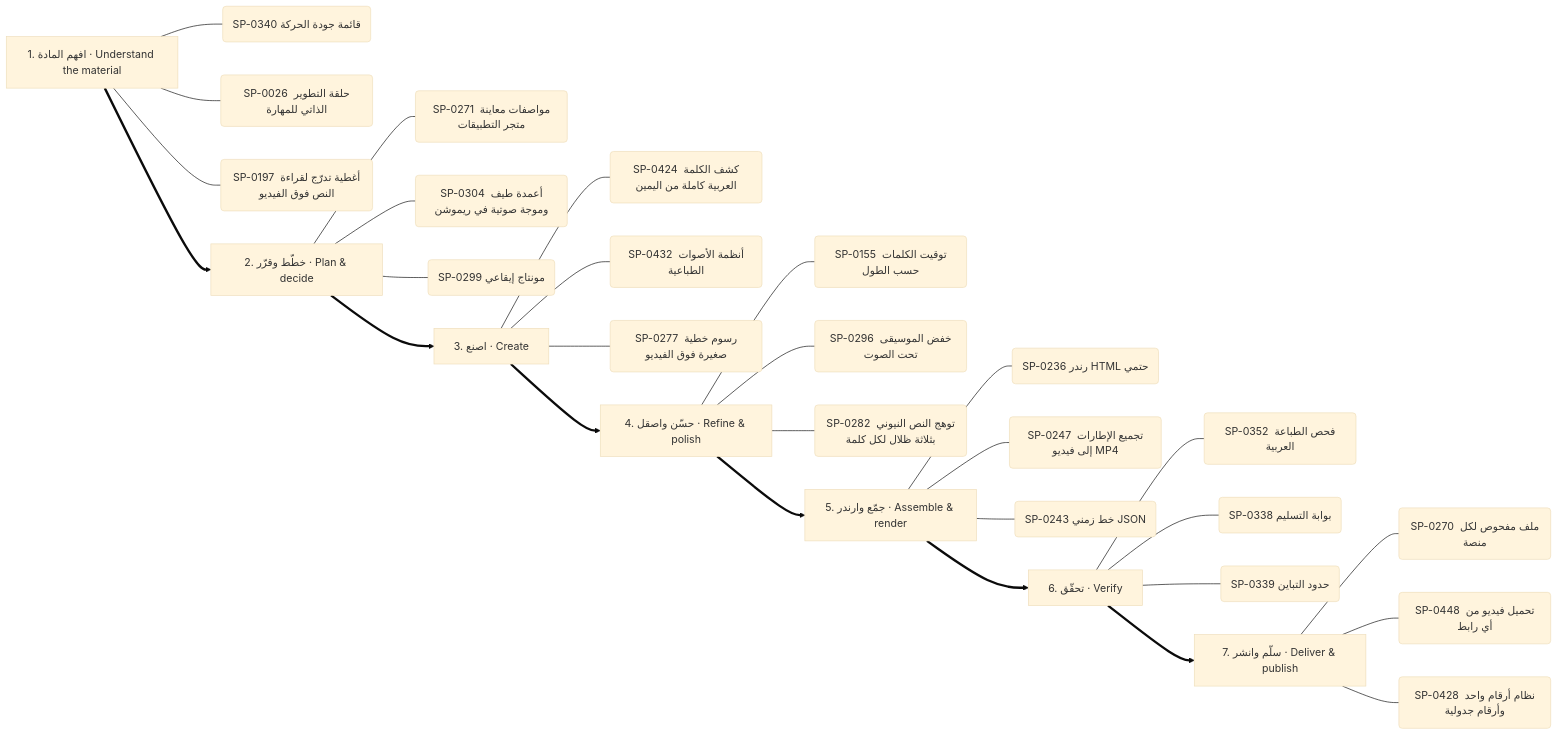
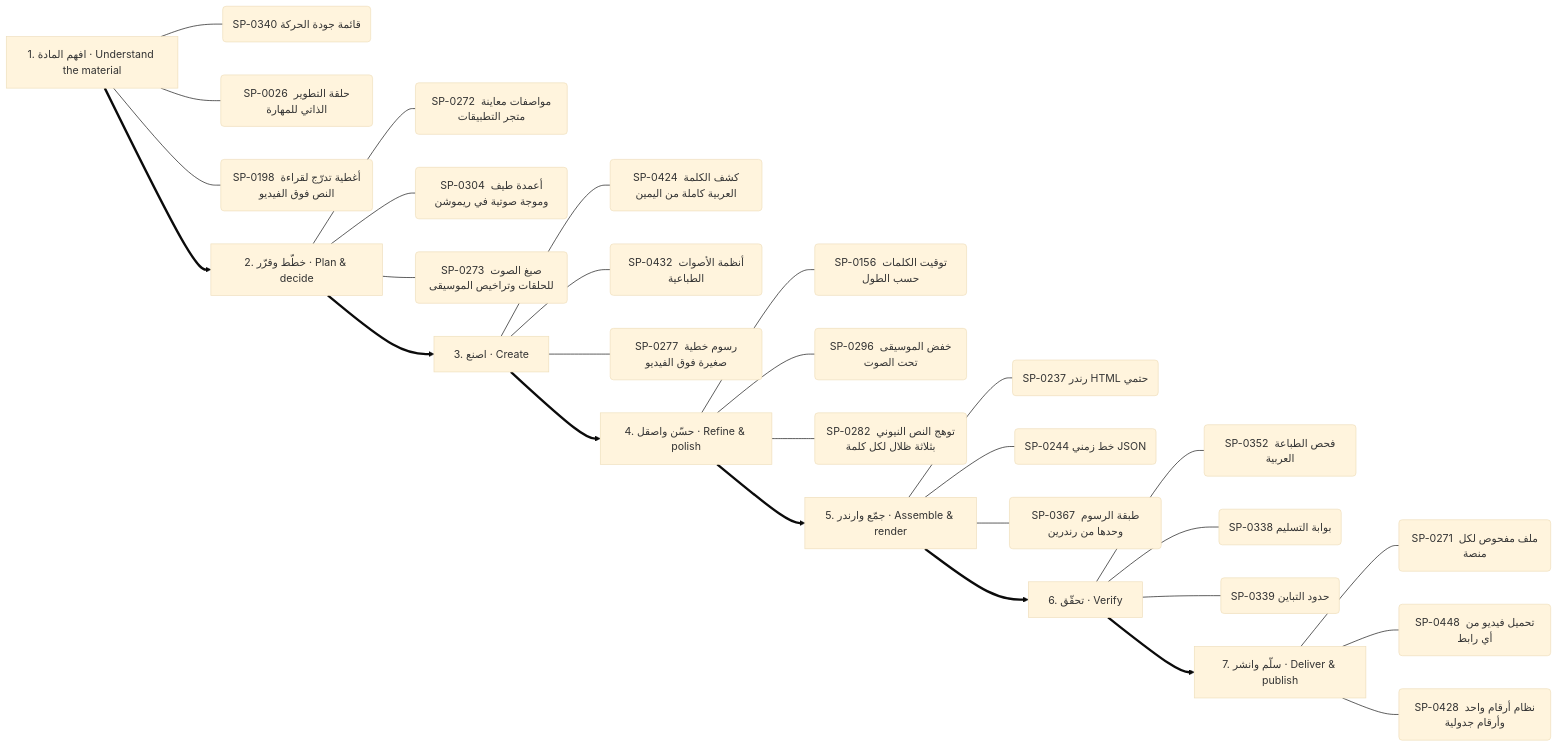
The second of 13 diagrams in .claude/skills/kosif-superpowers/references/capability-mindmap.md (kosif199022-jpg/kosif-tool), drawn with Mermaid (base theme) before and after one commit. The commit also changed other lines of this file and 51 other files, not shown here.

````diff
--- a/.claude/skills/kosif-superpowers/references/capability-mindmap.md
+++ b/.claude/skills/kosif-superpowers/references/capability-mindmap.md
@@ -126,37 +126,37 @@
 ```mermaid
 flowchart LR
   S0["1. افهم المادة · Understand the material"]
   S0 --- S0_0("SP-0340 قائمة جودة الحركة")
   S0 --- S0_1("SP-0026 حلقة التطوير الذاتي للمهارة")
-  S0 --- S0_2("SP-0197 أغطية تدرّج لقراءة النص فوق الفيديو")
+  S0 --- S0_2("SP-0198 أغطية تدرّج لقراءة النص فوق الفيديو")
   S1["2. خطّط وقرّر · Plan & decide"]
-  S1 --- S1_0("SP-0271 مواصفات معاينة متجر التطبيقات")
+  S1 --- S1_0("SP-0272 مواصفات معاينة متجر التطبيقات")
   S1 --- S1_1("SP-0304 أعمدة طيف وموجة صوتية في ريموشن")
-  S1 --- S1_2("SP-0299 مونتاج إيقاعي")
+  S1 --- S1_2("SP-0273 صيغ الصوت للحلقات وتراخيص الموسيقى")
   S0 ==> S1
   S2["3. اصنع · Create"]
   S2 --- S2_0("SP-0424 كشف الكلمة العربية كاملة من اليمين")
   S2 --- S2_1("SP-0432 أنظمة الأصوات الطباعية")
   S2 --- S2_2("SP-0277 رسوم خطية صغيرة فوق الفيديو")
   S1 ==> S2
   S3["4. حسّن واصقل · Refine & polish"]
-  S3 --- S3_0("SP-0155 توقيت الكلمات حسب الطول")
+  S3 --- S3_0("SP-0156 توقيت الكلمات حسب الطول")
   S3 --- S3_1("SP-0296 خفض الموسيقى تحت الصوت")
   S3 --- S3_2("SP-0282 توهج النص النيوني بثلاثة ظلال لكل كلمة")
   S2 ==> S3
   S4["5. جمّع وارندر · Assemble & render"]
-  S4 --- S4_0("SP-0236 رندر HTML حتمي")
-  S4 --- S4_1("SP-0247 تجميع الإطارات إلى فيديو MP4")
-  S4 --- S4_2("SP-0243 خط زمني JSON")
+  S4 --- S4_0("SP-0237 رندر HTML حتمي")
+  S4 --- S4_1("SP-0244 خط زمني JSON")
+  S4 --- S4_2("SP-0367 طبقة الرسوم وحدها من رندرين")
   S3 ==> S4
   S5["6. تحقّق · Verify"]
   S5 --- S5_0("SP-0352 فحص الطباعة العربية")
   S5 --- S5_1("SP-0338 بوابة التسليم")
   S5 --- S5_2("SP-0339 حدود التباين")
   S4 ==> S5
   S6["7. سلّم وانشر · Deliver & publish"]
-  S6 --- S6_0("SP-0270 ملف مفحوص لكل منصة")
+  S6 --- S6_0("SP-0271 ملف مفحوص لكل منصة")
   S6 --- S6_1("SP-0448 تحميل فيديو من أي رابط")
   S6 --- S6_2("SP-0428 نظام أرقام واحد وأرقام جدولية")
   S5 ==> S6
 ```
````
